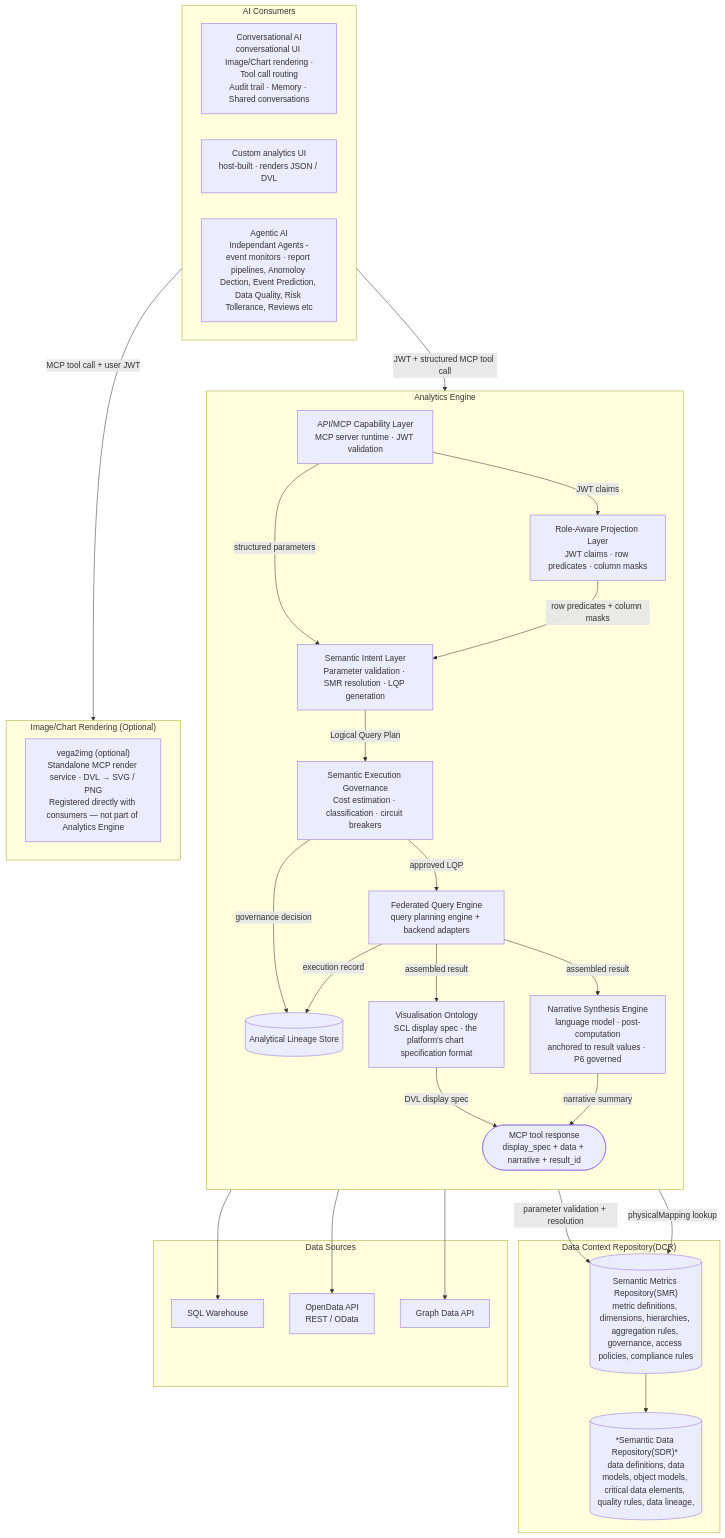
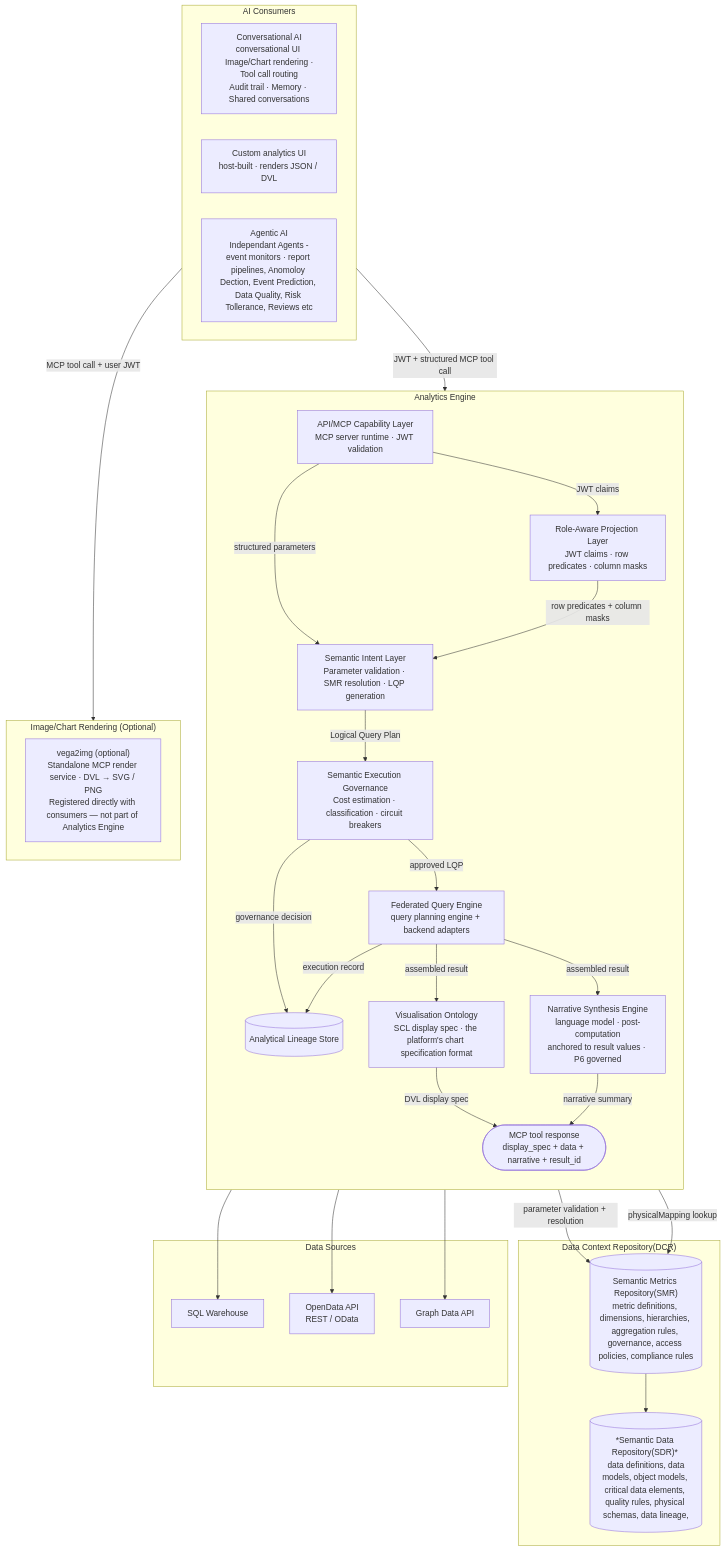
One commit to M-A-Operating-System/shared-work changed the first of 6 diagrams in docs/product/analytics/02-core-capabilities.md. Above: the diagram before and after it, drawn with Mermaid.

````diff
--- a/docs/product/analytics/02-core-capabilities.md
+++ b/docs/product/analytics/02-core-capabilities.md
@@ -57,55 +57,55 @@
 ```mermaid
 flowchart TD
     subgraph Consumers["AI Consumers"]
         direction LR
         ChatComp["Conversational AI\nconversational UI \n Image/Chart rendering · Tool call routing\nAudit trail · Memory · Shared conversations"]
         CustomUI["Custom analytics UI\nhost-built · renders JSON / DVL"]
         Agents["Agentic AI\n Independant Agents - event monitors · report pipelines, Anomoloy Dection, Event Prediction, Data Quality, Risk Tollerance, Reviews etc"]
     end
 
     subgraph analytics["Analytics Engine"]
         direction TB
         MCP["API/MCP Capability Layer\nMCP server runtime · JWT validation"]
         SIL["Semantic Intent Layer\nParameter validation · SMR resolution · LQP generation"]
         RAPL["Role-Aware Projection Layer\nJWT claims · row predicates · column masks"]
         SEG["Semantic Execution Governance\nCost estimation · classification · circuit breakers"]
         FQE["Federated Query Engine\nquery planning engine + backend adapters"]
         VO["Visualisation Ontology\nSCL display spec · the platform's chart specification format"]
         NSE["Narrative Synthesis Engine\nlanguage model · post-computation\nanchored to result values · P6 governed"]
         LS[("Analytical Lineage Store")]
         Result(["MCP tool response\ndisplay_spec + data + narrative + result_id"])
     end
 
      subgraph Image["Image/Chart Rendering (Optional)"]
             vega2img["vega2img (optional)\nStandalone MCP render service · DVL → SVG / PNG\nRegistered directly with consumers — not part of Analytics Engine"]
     end
 
     subgraph dcr["Data Context Repository(DCR)"]
         SMR[("Semantic Metrics Repository(SMR)\nmetric definitions, dimensions, hierarchies, aggregation rules, governance, access policies, compliance rules ")]
-        DCS[("*Semantic Data Repository(SDR)* \n data definitions, data models, object models, critical data elements, quality rules, data lineage,")]
+        DCS[("*Semantic Data Repository(SDR)* \n data definitions, data models, object models, critical data elements, quality rules, physical schemas, data lineage,")]
         SMR --> DCS
     end
 
     subgraph backends["Data Sources"]
         SQL["SQL Warehouse"]
         ODA["OpenData API\nREST / OData"]
         GDA["Graph Data API"]
     end
 
     Consumers -->|"JWT + structured MCP tool call"| MCP
     Consumers -->|"MCP tool call + user JWT"| Image
     MCP -->|"structured parameters"| SIL
     MCP -->|"JWT claims"| RAPL
     RAPL -->|"row predicates + column masks"| SIL
     SIL -->|"parameter validation + resolution"| SMR
     SIL -->|"Logical Query Plan"| SEG
     SEG -->|"approved LQP"| FQE
     SEG -->|"governance decision"| LS
     FQE -->|"physicalMapping lookup"| SMR
     FQE --> SQL & ODA & GDA
     FQE -->|"execution record"| LS
     FQE -->|"assembled result"| VO
     FQE -->|"assembled result"| NSE
     VO -->|"DVL display spec"| Result
     NSE -->|"narrative summary"| Result
 ```
````
